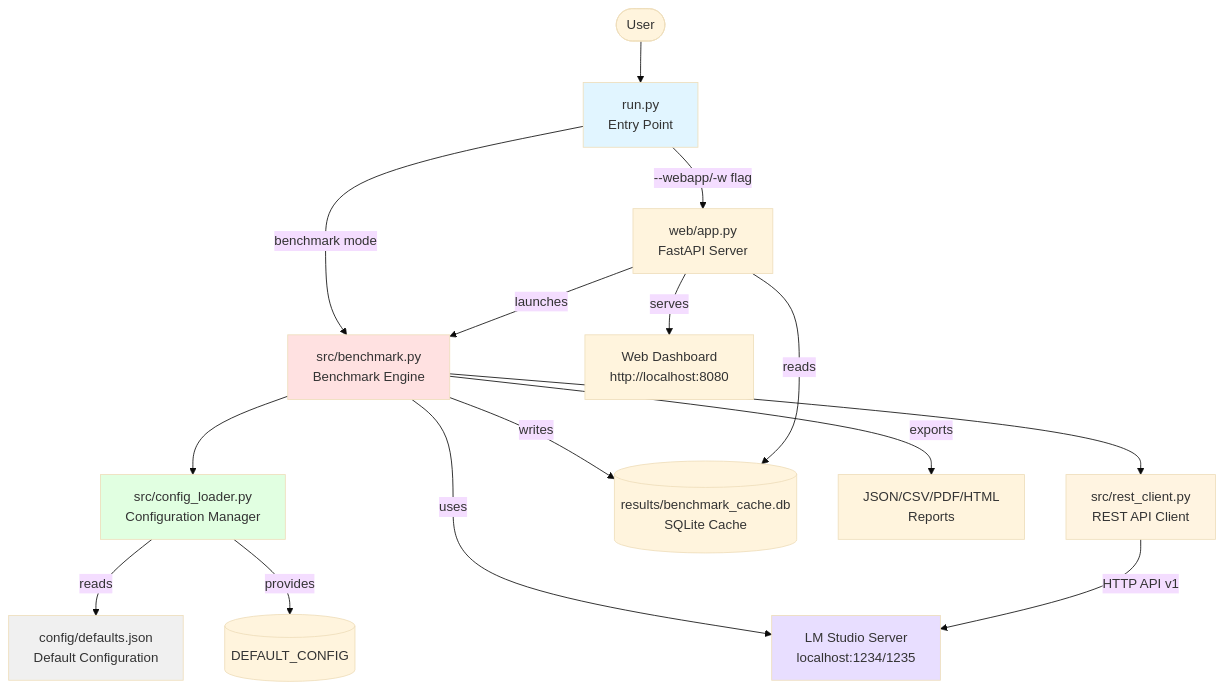
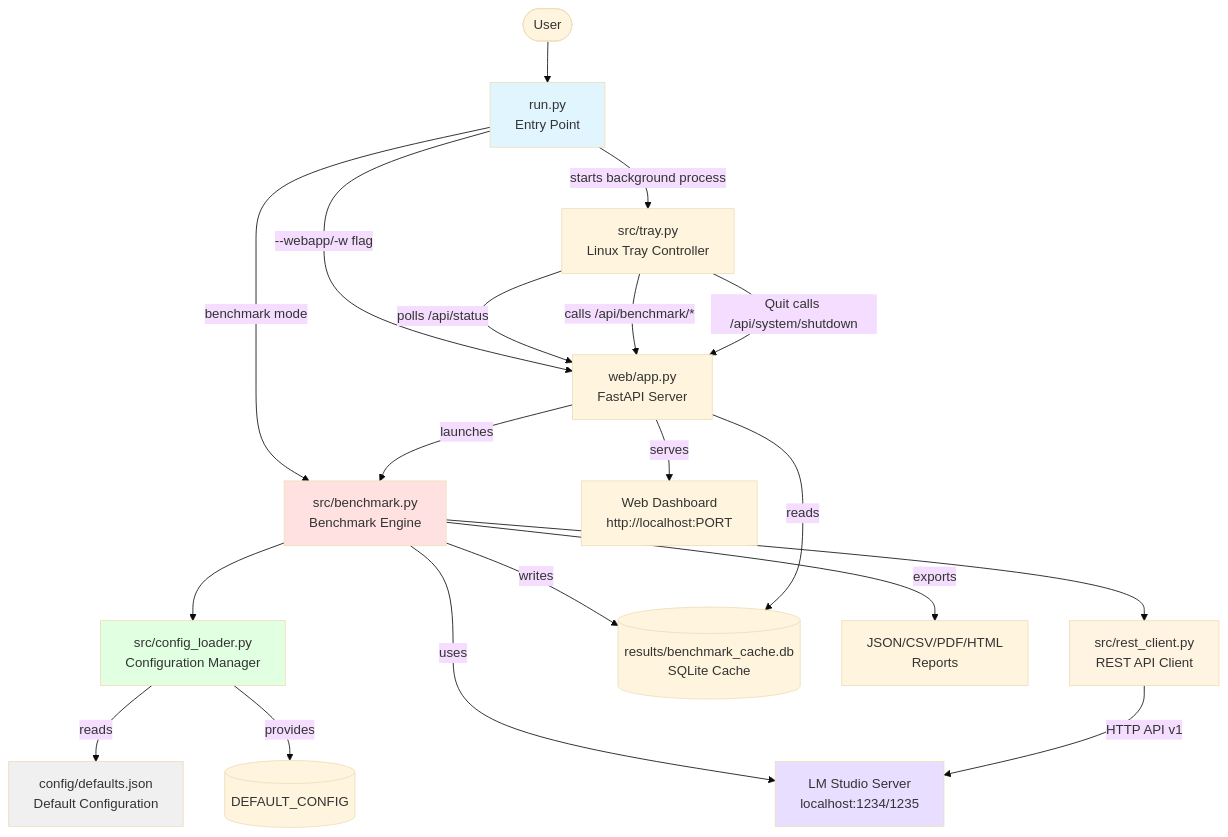
Before and after one commit to Ajimaru/LM-Studio-Bench: the first of 9 diagrams in docs/ARCHITECTURE.md, drawn with Mermaid (base theme). The commit also changed other lines of this file and 6 other files, not shown here.

Commit message:
Enhance Linux tray functionality with dynamic status icons and quick actions; update documentation and architecture to reflect new features

````diff
--- a/docs/ARCHITECTURE.md
+++ b/docs/ARCHITECTURE.md
@@ -29,30 +34,34 @@
 ```mermaid
 graph TB
     User([User]) --> RunPy[run.py<br/>Entry Point]
-    
+
     RunPy -->|--webapp/-w flag| WebApp[web/app.py<br/>FastAPI Server]
     RunPy -->|benchmark mode| Benchmark[src/benchmark.py<br/>Benchmark Engine]
     
     Benchmark --> ConfigLoader[src/config_loader.py<br/>Configuration Manager]
     Benchmark --> RestClient[src/rest_client.py<br/>REST API Client]
     
     ConfigLoader -->|reads| DefaultsJSON[config/defaults.json<br/>Default Configuration]
     ConfigLoader -->|provides| DefaultConfig[(DEFAULT_CONFIG)]
     
     Benchmark -->|uses| LMStudio[LM Studio Server<br/>localhost:1234/1235]
     RestClient -->|HTTP API v1| LMStudio
     
     Benchmark -->|writes| ResultsDB[(results/benchmark_cache.db<br/>SQLite Cache)]
     Benchmark -->|exports| Reports[JSON/CSV/PDF/HTML<br/>Reports]
     
     WebApp -->|launches| Benchmark
     WebApp -->|reads| ResultsDB
-    WebApp -->|serves| Dashboard[Web Dashboard<br/>http://localhost:8080]
+    WebApp -->|serves| Dashboard[Web Dashboard<br/>http://localhost:PORT]
+    RunPy -->|starts background process| Tray[src/tray.py<br/>Linux Tray Controller]
+    Tray -->|polls /api/status| WebApp
+    Tray -->|calls /api/benchmark/*| WebApp
+    Tray -->|Quit calls /api/system/shutdown| WebApp
     
     style RunPy fill:#e1f5ff
     style Benchmark fill:#ffe1e1
     style ConfigLoader fill:#e1ffe1
     style RestClient fill:#fff4e1
     style DefaultsJSON fill:#f0f0f0
     style LMStudio fill:#e8deff
 ```
````
